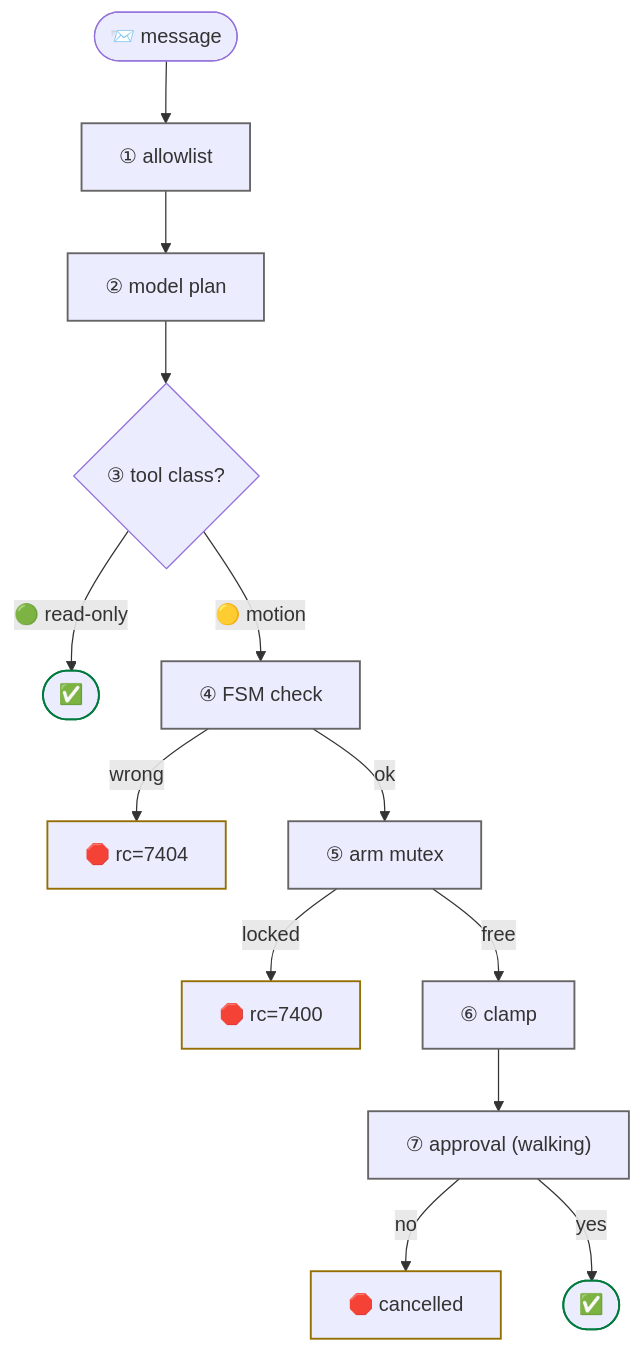
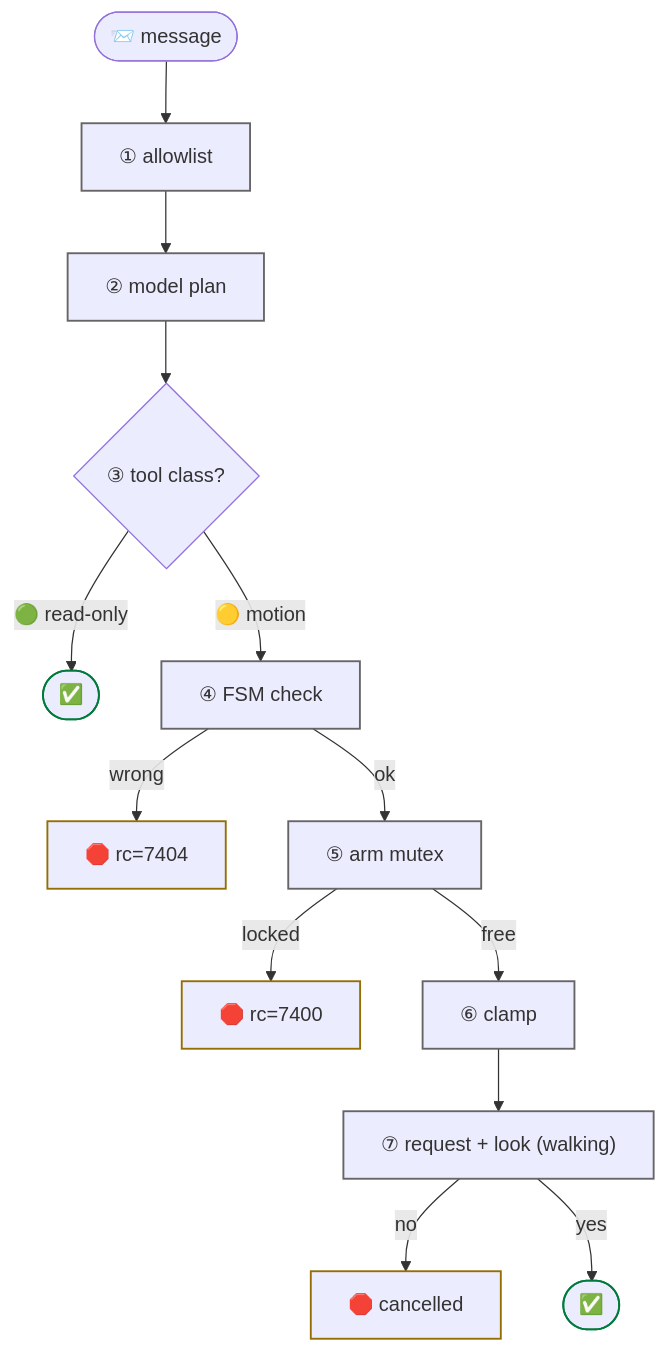
One commit to cagataycali/neon-the-g1 changed the diagram in docs/guide/safety.md. Above: the diagram before and after it, drawn with Mermaid. The commit also changed other lines of this file and 3 other files, not shown here.

First line of the commit message:
prompts: the movement policy (request is the consent, look first, walk if clear, refuse with the reason, done only when moved=true)

````diff
--- a/docs/guide/safety.md
+++ b/docs/guide/safety.md
@@ -8,21 +8,21 @@
 ```mermaid
 flowchart TD
   U(["📨 message"]) --> L1["① allowlist"]
   L1 --> L2["② model plan"]
   L2 --> L3{"③ tool class?"}
   L3 -->|"🟢 read-only"| OK1(["✅"])
   L3 -->|"🟡 motion"| L4["④ FSM check"]
   L4 -->|"wrong"| R1["🛑 rc=7404"]
   L4 -->|"ok"| L5["⑤ arm mutex"]
   L5 -->|"locked"| R2["🛑 rc=7400"]
   L5 -->|"free"| L6["⑥ clamp"]
-  L6 --> L7["⑦ approval (walking)"]
+  L6 --> L7["⑦ request + look (walking)"]
   L7 -->|"no"| R4["🛑 cancelled"]
   L7 -->|"yes"| OK2(["✅"])
   classDef gate stroke:#666464,stroke-width:1.5px
   classDef refuse stroke:#946e00,stroke-width:1.5px
   classDef ok stroke:#007a3d,stroke-width:1.5px
   class L1,L2,L4,L5,L6,L7 gate
   class R1,R2,R4 refuse
   class OK1,OK2 ok
 ```
````
